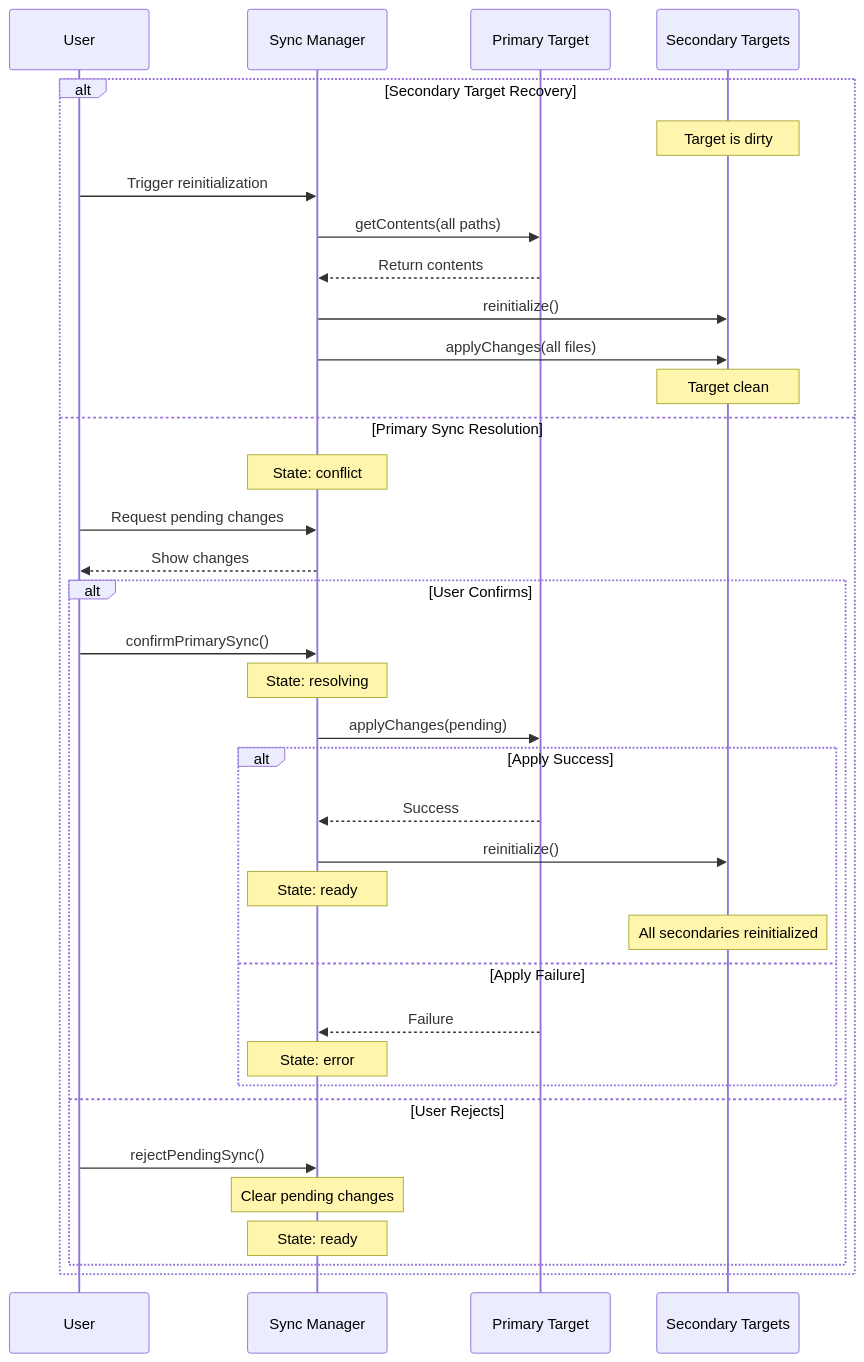
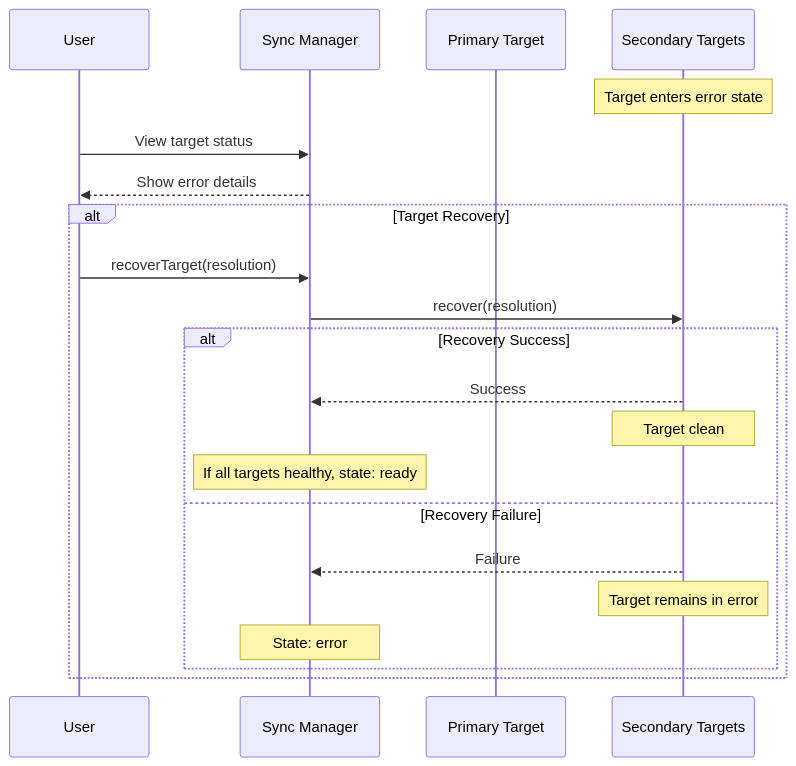
One commit to mrsimpson/piddie changed diagram 13 of 17 in packages/files-management/README.md. Above: the diagram before and after it, drawn with Mermaid. The commit also changed other lines of this file and 11 other files, not shown here.

````diff
--- a/packages/files-management/README.md
+++ b/packages/files-management/README.md
@@ -367,42 +386,26 @@
 ```mermaid
 sequenceDiagram
     participant U as User
     participant SM as Sync Manager
     participant P as Primary Target
     participant S as Secondary Targets
 
-    alt Secondary Target Recovery
-        Note over S: Target is dirty
-        U->>SM: Trigger reinitialization
-        SM->>P: getContents(all paths)
-        P-->>SM: Return contents
-        SM->>S: reinitialize()
-        SM->>S: applyChanges(all files)
-        Note over S: Target clean
+    Note over S: Target enters error state
+    U->>SM: View target status
+    SM-->>U: Show error details
 
-    else Primary Sync Resolution
-        Note over SM: State: conflict
-        U->>SM: Request pending changes
-        SM-->>U: Show changes
+    alt Target Recovery
+        U->>SM: recoverTarget(resolution)
+        SM->>S: recover(resolution)
 
-        alt User Confirms
-            U->>SM: confirmPrimarySync()
-            Note over SM: State: resolving
-            SM->>P: applyChanges(pending)
-
-            alt Apply Success
-                P-->>SM: Success
-                SM->>S: reinitialize()
-                Note over SM: State: ready
-                Note over S: All secondaries reinitialized
-            else Apply Failure
-                P-->>SM: Failure
-                Note over SM: State: error
-            end
-        else User Rejects
-            U->>SM: rejectPendingSync()
-            Note over SM: Clear pending changes
-            Note over SM: State: ready
+        alt Recovery Success
+            S-->>SM: Success
+            Note over S: Target clean
+            Note over SM: If all targets healthy, state: ready
+        else Recovery Failure
+            S-->>SM: Failure
+            Note over S: Target remains in error
+            Note over SM: State: error
         end
     end
 ```
````
